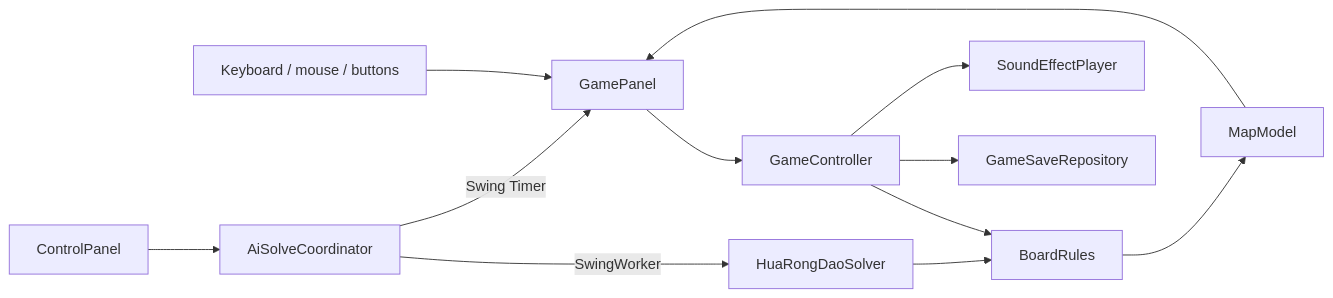
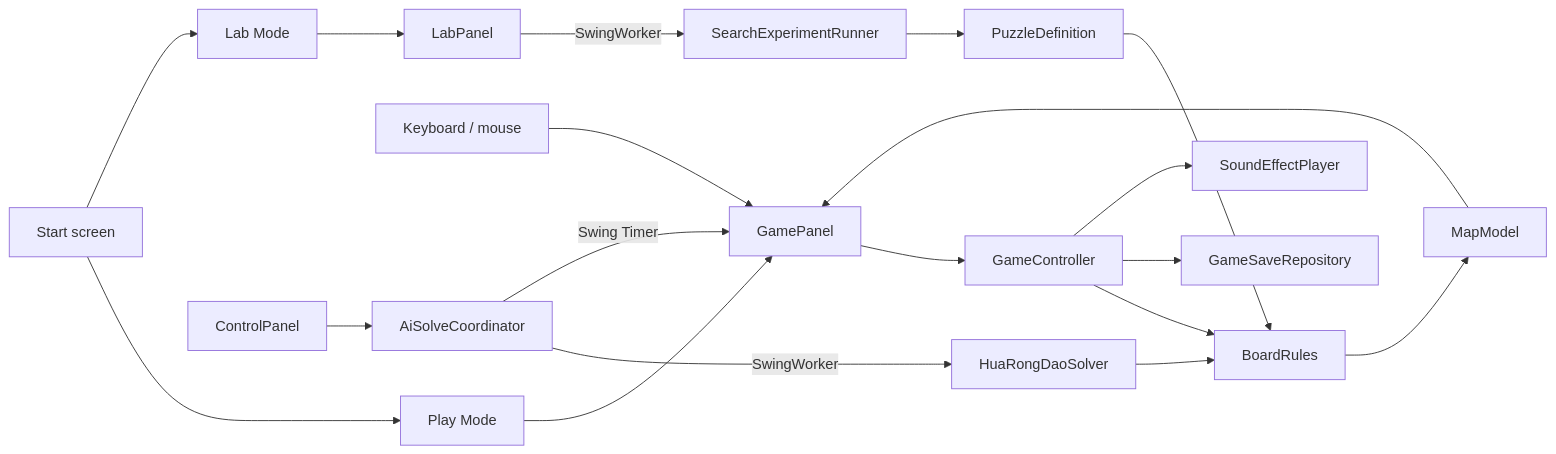
Before and after one commit to solovesonxi/KlotskiPuzzle: the diagram in docs/ARCHITECTURE.md, drawn with Mermaid. The commit also changed other lines of this file and 20 other files, not shown here.

Commit message:
Start the deterministic algorithm lab

````diff
--- a/docs/ARCHITECTURE.md
+++ b/docs/ARCHITECTURE.md
@@ -7,14 +7,21 @@
 ```mermaid
 flowchart LR
-    Input["Keyboard / mouse / buttons"] --> GamePanel
+    Start["Start screen"] --> Play["Play Mode"]
+    Start --> Lab["Lab Mode"]
+    Input["Keyboard / mouse"] --> GamePanel
+    Play --> GamePanel
     GamePanel --> GameController
     GameController --> BoardRules
     BoardRules --> MapModel
     MapModel --> GamePanel
     ControlPanel --> AiSolveCoordinator
     AiSolveCoordinator -->|"SwingWorker"| Solver["HuaRongDaoSolver"]
     Solver --> BoardRules
     AiSolveCoordinator -->|"Swing Timer"| GamePanel
     GameController --> SaveRepository["GameSaveRepository"]
     GameController --> SoundPlayer["SoundEffectPlayer"]
+    Lab --> LabPanel
+    LabPanel -->|"SwingWorker"| ExperimentRunner["SearchExperimentRunner"]
+    ExperimentRunner --> PuzzleDefinition
+    PuzzleDefinition --> BoardRules
 ```
````
